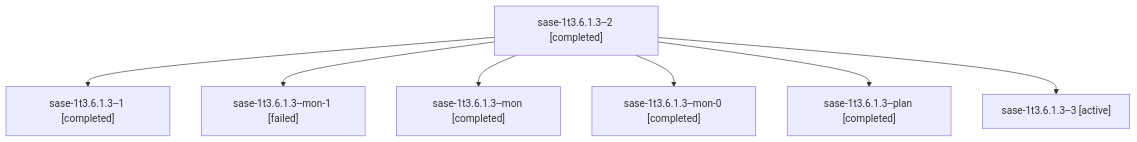
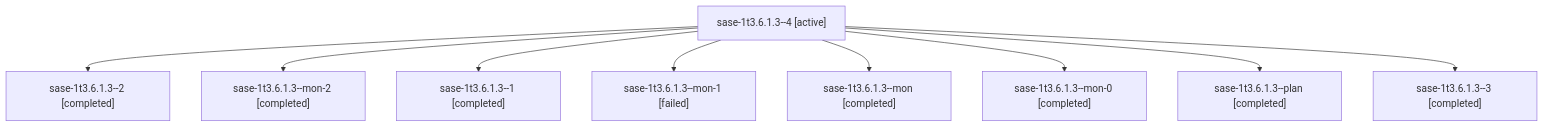
One commit to sase-org/sase--agents changed the diagram in sessions/bbugyi200.athena.sase-1t3.6.1.3.md. Above: the diagram before and after it, drawn with Mermaid. The commit also changed other lines of this file and 132 other files, not shown here.

````diff
--- a/sessions/bbugyi200.athena.sase-1t3.6.1.3.md
+++ b/sessions/bbugyi200.athena.sase-1t3.6.1.3.md
@@ -9,16 +9,20 @@
 ```mermaid
 flowchart TD
-  n0["sase-1t3.6.1.3--2 [completed]"]
-  n1["sase-1t3.6.1.3--1 [completed]"]
+  n0["sase-1t3.6.1.3--4 [active]"]
+  n1["sase-1t3.6.1.3--2 [completed]"]
   n0 --> n1
-  n2["sase-1t3.6.1.3--mon-1 [failed]"]
+  n2["sase-1t3.6.1.3--mon-2 [completed]"]
   n0 --> n2
-  n3["sase-1t3.6.1.3--mon [completed]"]
+  n3["sase-1t3.6.1.3--1 [completed]"]
   n0 --> n3
-  n4["sase-1t3.6.1.3--mon-0 [completed]"]
+  n4["sase-1t3.6.1.3--mon-1 [failed]"]
   n0 --> n4
-  n5["sase-1t3.6.1.3--plan [completed]"]
+  n5["sase-1t3.6.1.3--mon [completed]"]
   n0 --> n5
-  n6["sase-1t3.6.1.3--3 [active]"]
+  n6["sase-1t3.6.1.3--mon-0 [completed]"]
   n0 --> n6
+  n7["sase-1t3.6.1.3--plan [completed]"]
+  n0 --> n7
+  n8["sase-1t3.6.1.3--3 [completed]"]
+  n0 --> n8
 ```
````
